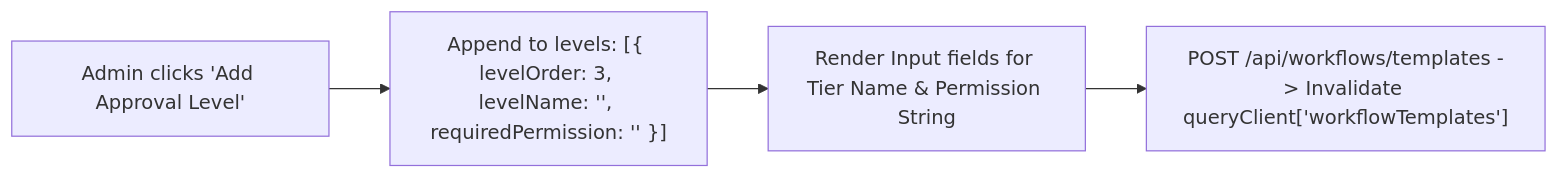
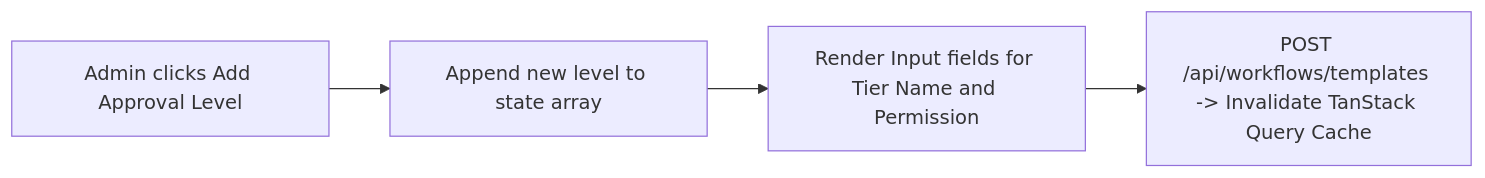
One commit to hoangtran1411/clean changed the second of 2 diagrams in docs-frontend/10-workflow-engine-state-machine-and-ui-integration.md. Above: the diagram before and after it, drawn with Mermaid. The commit also changed other lines of this file, not shown here.

Commit message:
fix: improve clarity in workflow diagrams and update terminology for consistency

````diff
--- a/docs-frontend/10-workflow-engine-state-machine-and-ui-integration.md
+++ b/docs-frontend/10-workflow-engine-state-machine-and-ui-integration.md
@@ -349,6 +349,6 @@
 ```mermaid
 graph LR
-    User["Admin clicks 'Add Approval Level'"] --> LevelState["Append to levels: [{ levelOrder: 3, levelName: '', requiredPermission: '' }]"]
-    LevelState --> InputForm["Render Input fields for Tier Name & Permission String"]
-    InputForm --> Submit["POST /api/workflows/templates -> Invalidate queryClient['workflowTemplates']"]
+    User["Admin clicks Add Approval Level"] --> LevelState["Append new level to state array"]
+    LevelState --> InputForm["Render Input fields for Tier Name and Permission"]
+    InputForm --> Submit["POST /api/workflows/templates -> Invalidate TanStack Query Cache"]
 ```
````
